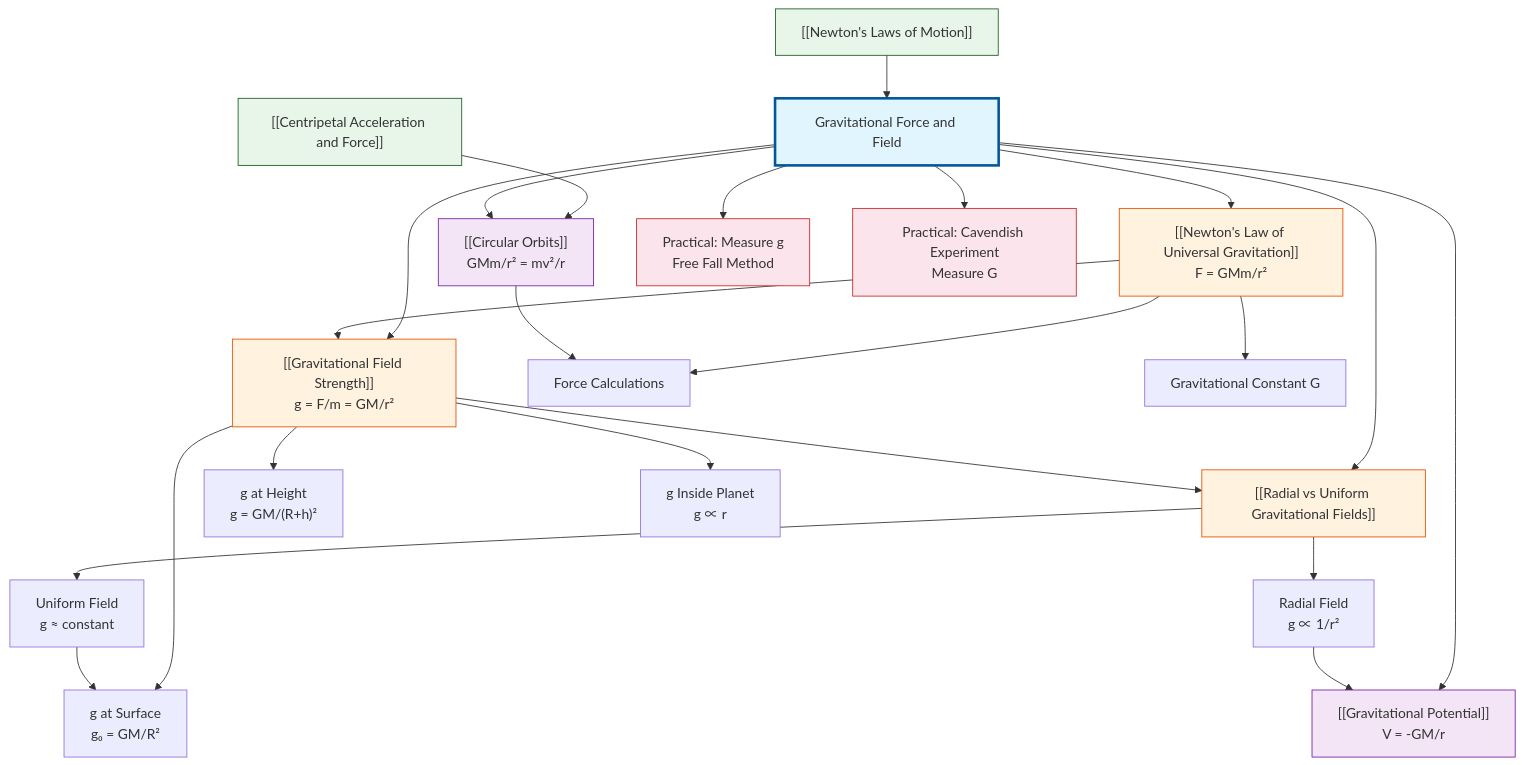
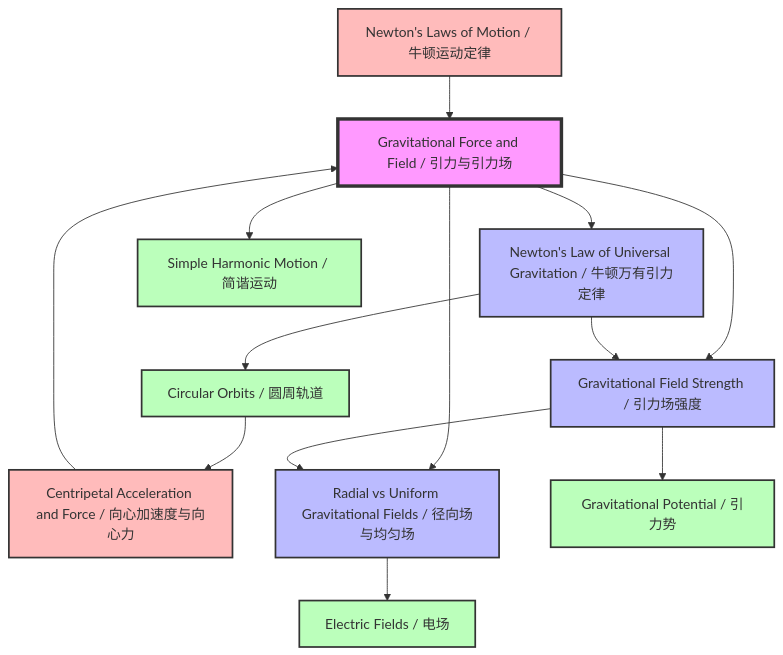
One commit to SHAWLIN27/alp-net changed the diagram in vault/01-Mechanics/05-Gravitational-Fields/Gravitational Force and Field/Gravitational Force and Field.md. Above: the diagram before and after it, drawn with Mermaid. The commit also changed other lines of this file and 469 other files, not shown here.

````diff
--- a/vault/01-Mechanics/05-Gravitational-Fields/Gravitational Force and Field/Gravitational Force and Field.md
+++ b/vault/01-Mechanics/05-Gravitational-Fields/Gravitational Force and Field/Gravitational Force and Field.md
@@ -671,49 +868,51 @@
 ```mermaid
 graph TD
+    %% Main Topic
+    GF[Gravitational Force and Field / 引力与引力场]
+    
     %% Prerequisites
-    PR1["[[Newton's Laws of Motion]]"] --> GF
-    PR2["[[Centripetal Acceleration and Force]]"] --> CO
+    NL[Newton's Laws of Motion / 牛顿运动定律]
+    CA[Centripetal Acceleration and Force / 向心加速度与向心力]
     
-    %% Main Topic
-    GF["Gravitational Force and Field"] --> NL["[[Newton's Law of Universal Gravitation]]<br/>F = GMm/r²"]
-    GF --> GS["[[Gravitational Field Strength]]<br/>g = F/m = GM/r²"]
-    GF --> RF["[[Radial vs Uniform Gravitational Fields]]"]
-    
-    %% Sub-topics
-    NL --> F_calc["Force Calculations"]
-    NL --> G_const["Gravitational Constant G"]
-    
-    GS --> g_surface["g at Surface<br/>g₀ = GM/R²"]
-    GS --> g_height["g at Height<br/>g = GM/(R+h)²"]
-    GS --> g_inside["g Inside Planet<br/>g ∝ r"]
-    
-    RF --> Radial["Radial Field<br/>g ∝ 1/r²"]
-    RF --> Uniform["Uniform Field<br/>g ≈ constant"]
+    %% Sub-topics (Leaf Nodes)
+    NLUG[Newton's Law of Universal Gravitation / 牛顿万有引力定律]
+    GFS[Gravitational Field Strength / 引力场强度]
+    RVUF[Radial vs Uniform Gravitational Fields / 径向场与均匀场]
     
     %% Related Topics
-    GF --> GP["[[Gravitational Potential]]<br/>V = -GM/r"]
-    GF --> CO["[[Circular Orbits]]<br/>GMm/r² = mv²/r"]
+    GP[Gravitational Potential / 引力势]
+    CO[Circular Orbits / 圆周轨道]
+    SHM[Simple Harmonic Motion / 简谐运动]
+    EF[Electric Fields / 电场]
     
-    %% Connections
-    NL --> GS
-    GS --> RF
-    Radial --> GP
-    Uniform --> g_surface
-    CO --> F_calc
+    %% Connections - Prerequisites
+    NL --> GF
+    CA --> GF
     
-    %% Practical
-    GF --> Practical["Practical: Measure g<br/>Free Fall Method"]
-    GF --> Cavendish["Practical: Cavendish Experiment<br/>Measure G"]
+    %% Connections - Sub-topics
+    GF --> NLUG
+    GF --> GFS
+    GF --> RVUF
+    
+    %% Connections - Between Sub-topics
+    NLUG --> GFS
+    GFS --> RVUF
+    
+    %% Connections - Related Topics
+    GFS --> GP
+    NLUG --> CO
+    CO --> CA
+    GF --> SHM
+    RVUF --> EF
     
     %% Styling
-    style GF fill:#e1f5fe,stroke:#01579b,stroke-width:3px
-    style NL fill:#fff3e0,stroke:#e65100
-    style GS fill:#fff3e0,stroke:#e65100
-    style RF fill:#fff3e0,stroke:#e65100
-    style GP fill:#f3e5f5,stroke:#7b1fa2
-    style CO fill:#f3e5f5,stroke:#7b1fa2
-    style PR1 fill:#e8f5e9,stroke:#1b5e20
-    style PR2 fill:#e8f5e9,stroke:#1b5e20
-    style Practical fill:#fce4ec,stroke:#c62828
-    style Cavendish fill:#fce4ec,stroke:#c62828
+    classDef main fill:#f9f,stroke:#333,stroke-width:4px
+    classDef sub fill:#bbf,stroke:#333,stroke-width:2px
+    classDef related fill:#bfb,stroke:#333,stroke-width:2px
+    classDef prereq fill:#fbb,stroke:#333,stroke-width:2px
+    
+    class GF main
+    class NLUG,GFS,RVUF sub
+    class GP,CO,SHM,EF related
+    class NL,CA prereq
 ```
````
